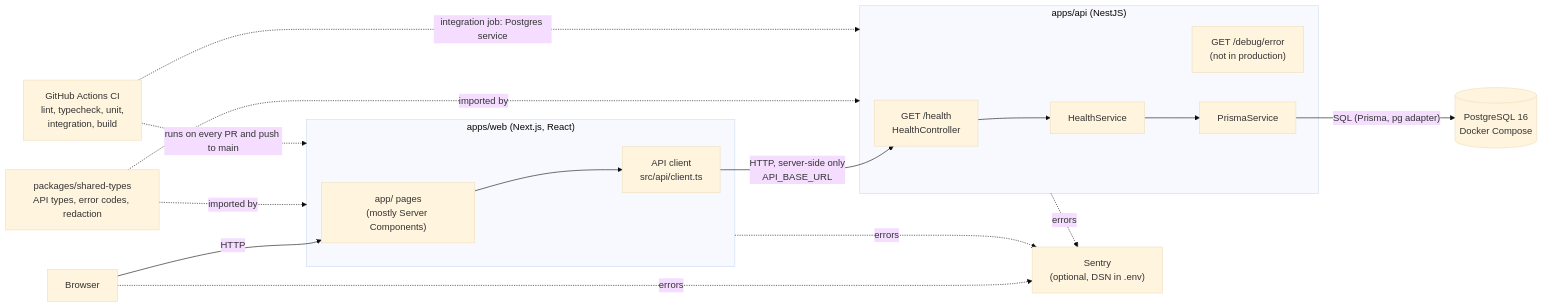
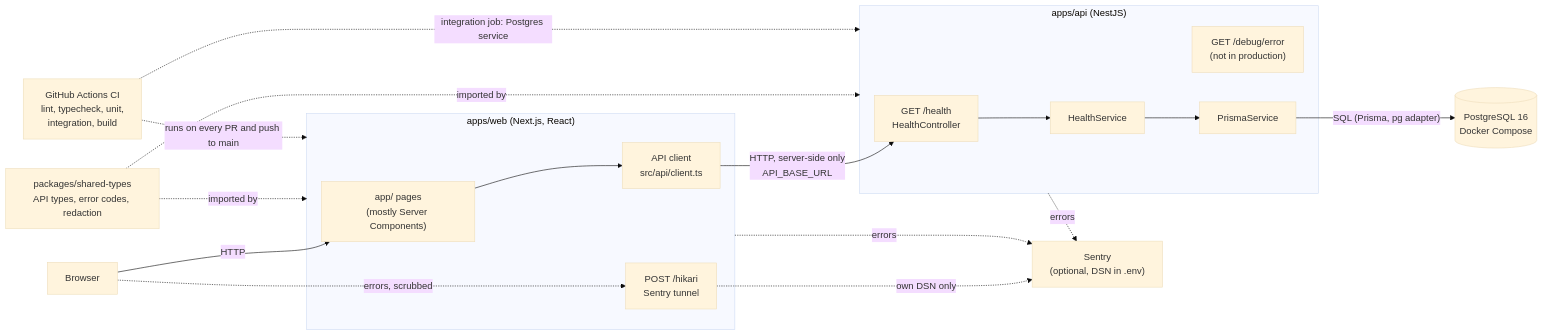
Before and after one commit to otakuLeague/otakuleague-core: the diagram in docs/architecture.md, drawn with Mermaid (base theme). The commit also changed other lines of this file and 12 other files, not shown here.

Commit message:
feat(OTA-87): Sentry tunnel so ad blockers don't hide browser errors (#15)

````diff
--- a/docs/architecture.md
+++ b/docs/architecture.md
@@ -5,37 +5,39 @@
 ```mermaid
 flowchart LR
   browser["Browser"]
 
   subgraph web["apps/web (Next.js, React)"]
     pages["app/ pages<br/>(mostly Server Components)"]
     client["API client<br/>src/api/client.ts"]
+    tunnel["POST /hikari<br/>Sentry tunnel"]
   end
 
   subgraph api["apps/api (NestJS)"]
     health["GET /health<br/>HealthController"]
     healthSvc["HealthService"]
     debug["GET /debug/error<br/>(not in production)"]
     prisma["PrismaService"]
   end
 
   shared["packages/shared-types<br/>API types, error codes, redaction"]
   db[("PostgreSQL 16<br/>Docker Compose")]
   sentry["Sentry<br/>(optional, DSN in .env)"]
   ci["GitHub Actions CI<br/>lint, typecheck, unit,<br/>integration, build"]
 
   browser -->|HTTP| pages
   pages --> client
   client -->|"HTTP, server-side only<br/>API_BASE_URL"| health
   health --> healthSvc --> prisma
   prisma -->|"SQL (Prisma, pg adapter)"| db
 
   shared -.->|imported by| web
   shared -.->|imported by| api
 
-  browser -.->|errors| sentry
+  browser -.->|"errors, scrubbed"| tunnel
+  tunnel -.->|"own DSN only"| sentry
   web -.->|errors| sentry
   api -.->|errors| sentry
 
   ci -.->|"runs on every PR and push to main"| web
   ci -.->|"integration job: Postgres service"| api
 ```
````
